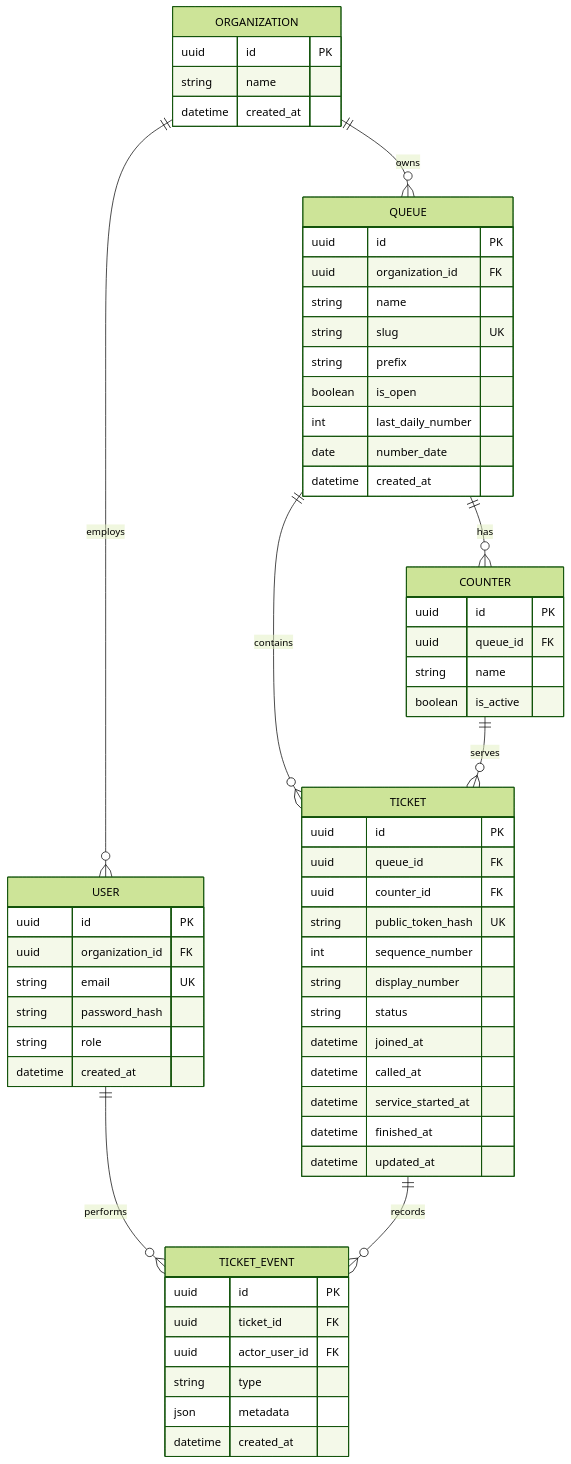
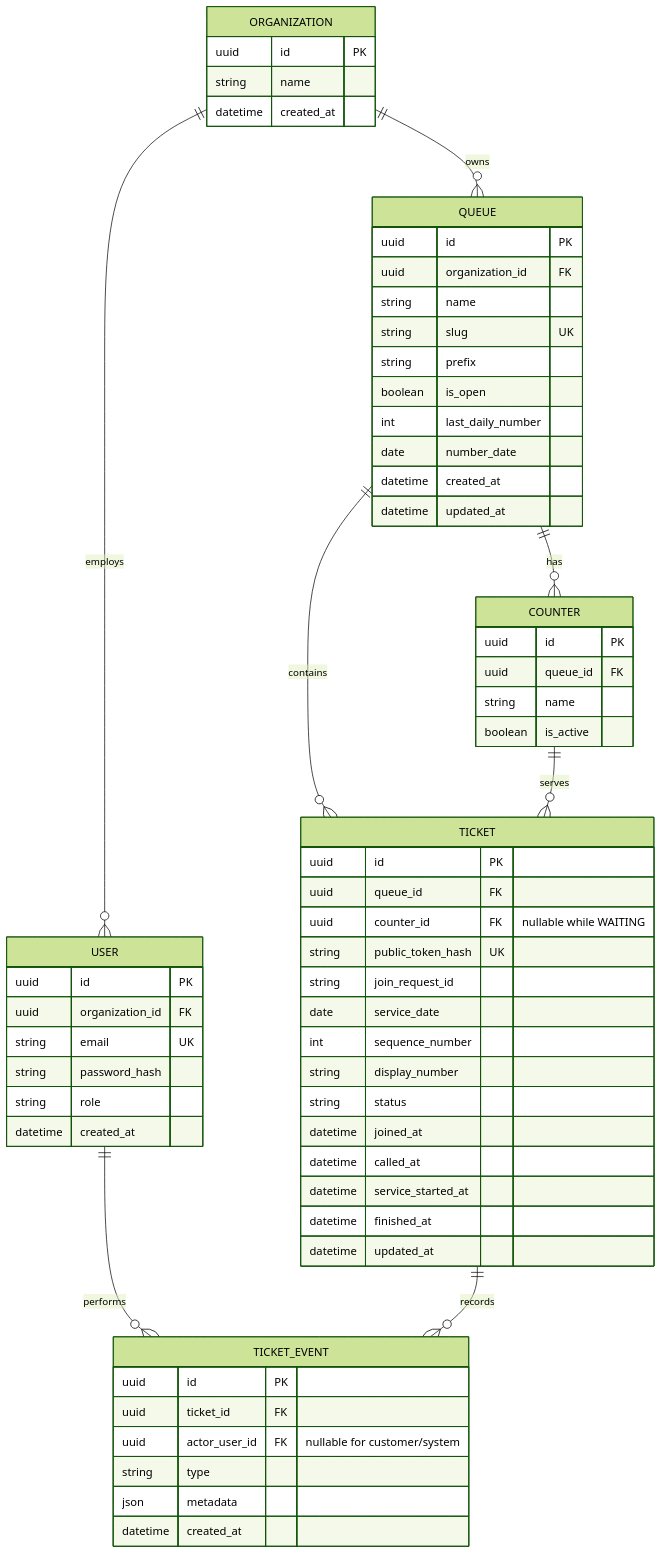
The sixth of 22 diagrams in MVP-CONCEPTION-BLUEPRINT.md (GG-Theodore89/H-qeue-systeme), drawn with Mermaid (forest theme) before and after one commit. The commit also changed other lines of this file, not shown here.

````diff
--- a/MVP-CONCEPTION-BLUEPRINT.md
+++ b/MVP-CONCEPTION-BLUEPRINT.md
@@ -258,63 +269,66 @@
 ```mermaid
 erDiagram
     ORGANIZATION ||--o{ USER : employs
     ORGANIZATION ||--o{ QUEUE : owns
     QUEUE ||--o{ COUNTER : has
     QUEUE ||--o{ TICKET : contains
     USER ||--o{ TICKET_EVENT : performs
     TICKET ||--o{ TICKET_EVENT : records
     COUNTER ||--o{ TICKET : serves
 
     ORGANIZATION {
         uuid id PK
         string name
         datetime created_at
     }
     USER {
         uuid id PK
         uuid organization_id FK
         string email UK
         string password_hash
         string role
         datetime created_at
     }
     QUEUE {
         uuid id PK
         uuid organization_id FK
         string name
         string slug UK
         string prefix
         boolean is_open
         int last_daily_number
         date number_date
         datetime created_at
+        datetime updated_at
     }
     COUNTER {
         uuid id PK
         uuid queue_id FK
         string name
         boolean is_active
     }
     TICKET {
         uuid id PK
         uuid queue_id FK
-        uuid counter_id FK
+        uuid counter_id FK "nullable while WAITING"
         string public_token_hash UK
+        string join_request_id
+        date service_date
         int sequence_number
         string display_number
         string status
         datetime joined_at
         datetime called_at
         datetime service_started_at
         datetime finished_at
         datetime updated_at
     }
     TICKET_EVENT {
         uuid id PK
         uuid ticket_id FK
-        uuid actor_user_id FK
+        uuid actor_user_id FK "nullable for customer/system"
         string type
         json metadata
         datetime created_at
     }
 ```
````
